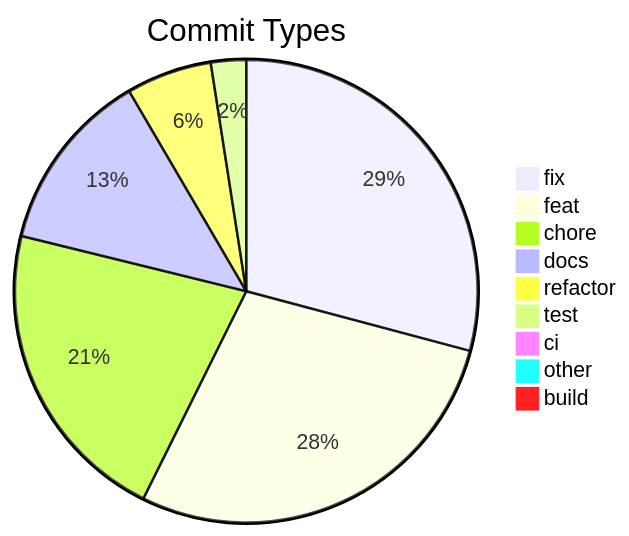
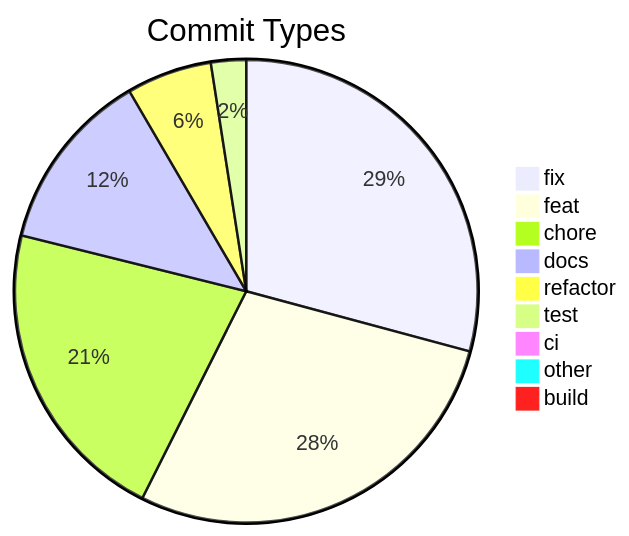
One commit to svenroth-ai/shipwright changed the diagram in .shipwright/compliance/change-history.md. Above: the diagram before and after it, drawn with Mermaid. The commit also changed other lines of this file and 42 other files, not shown here.

````diff
--- a/.shipwright/compliance/change-history.md
+++ b/.shipwright/compliance/change-history.md
@@ -8,12 +8,12 @@
 ```mermaid
 pie title Commit Types
-    "fix" : 332
-    "feat" : 321
+    "fix" : 333
+    "feat" : 322
     "chore" : 245
     "docs" : 145
     "refactor" : 68
     "test" : 28
     "ci" : 11
     "other" : 9
     "build" : 1
 ```
````
